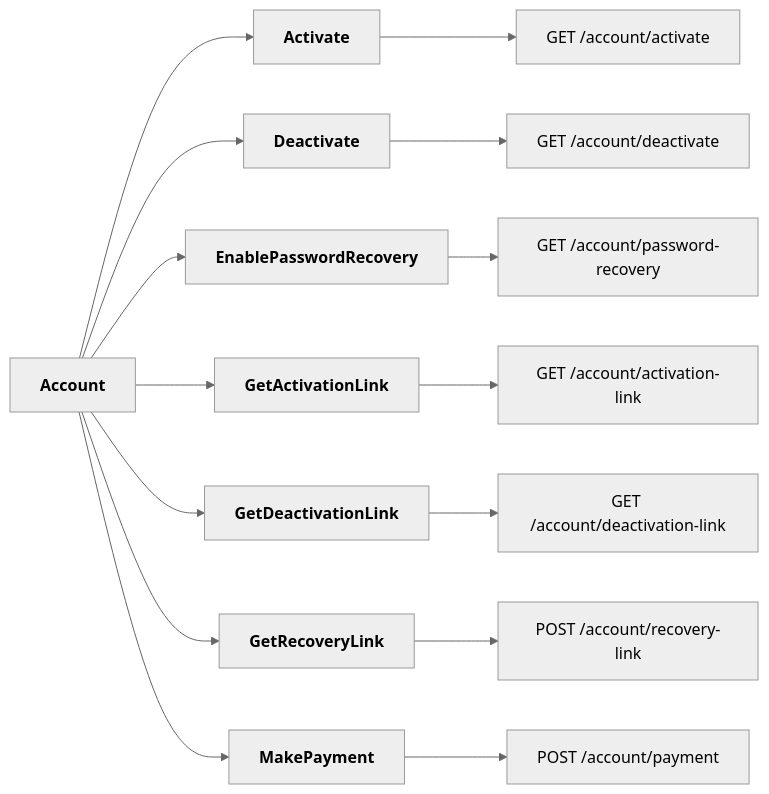
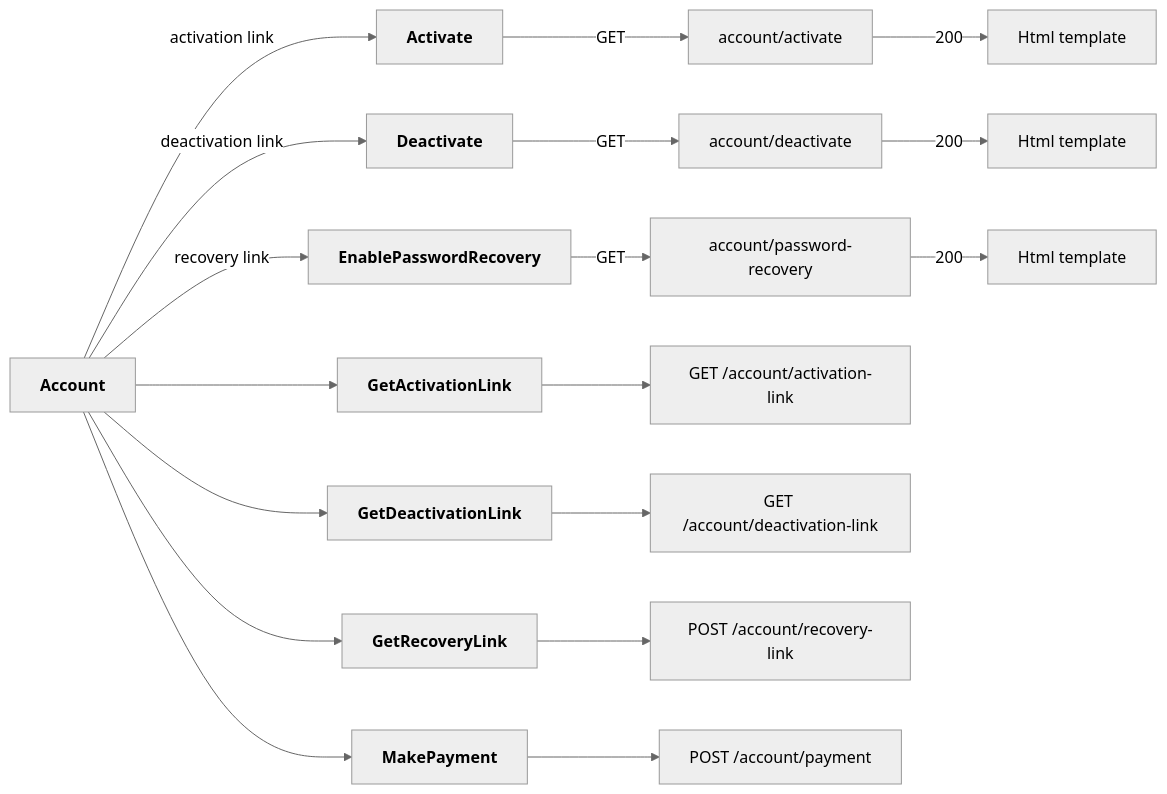
One commit to Karmello/ask-the-world-api changed the first of 8 diagrams in README.md. Above: the diagram before and after it, drawn with Mermaid (neutral theme).

````diff
--- a/README.md
+++ b/README.md
@@ -7,10 +7,10 @@
 ```mermaid
 flowchart LR
-ROOT[<b>Account</b>] --> A1[<b>Activate</b>] --> A2[GET /account/activate]
-ROOT --> B1[<b>Deactivate</b>] --> B2[GET /account/deactivate]
-ROOT --> C1[<b>EnablePasswordRecovery</b>] --> C2[GET /account/password-recovery]
+ROOT[<b>Account</b>] --> |activation link|A1[<b>Activate</b>] --> |GET|A2[account/activate] --> |200|A3[Html template]
+ROOT --> |deactivation link|B1[<b>Deactivate</b>] --> |GET|B2[account/deactivate] --> |200|B3[Html template]
+ROOT --> |recovery link|C1[<b>EnablePasswordRecovery</b>] --> |GET|C2[account/password-recovery] --> |200|C3[Html template]
 ROOT --> D1[<b>GetActivationLink</b>] --> D2[GET /account/activation-link]
 ROOT --> E1[<b>GetDeactivationLink</b>] --> E2[GET /account/deactivation-link]
 ROOT --> F1[<b>GetRecoveryLink</b>] --> F2[POST /account/recovery-link]
 ROOT --> G1[<b>MakePayment</b>] --> G2[POST /account/payment]
 ```
````
